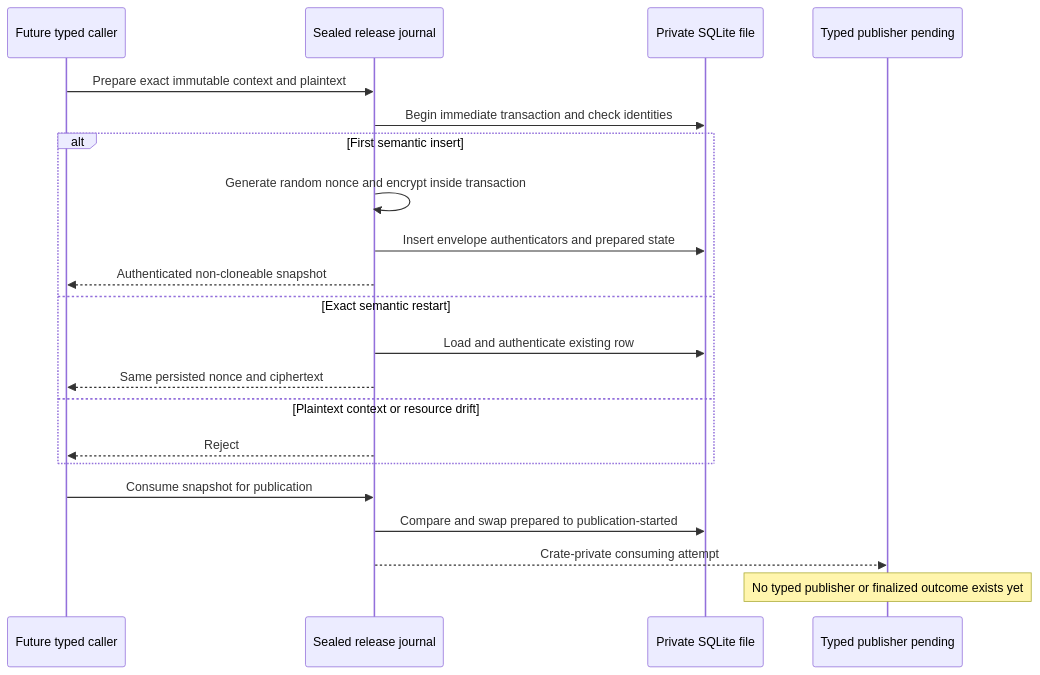
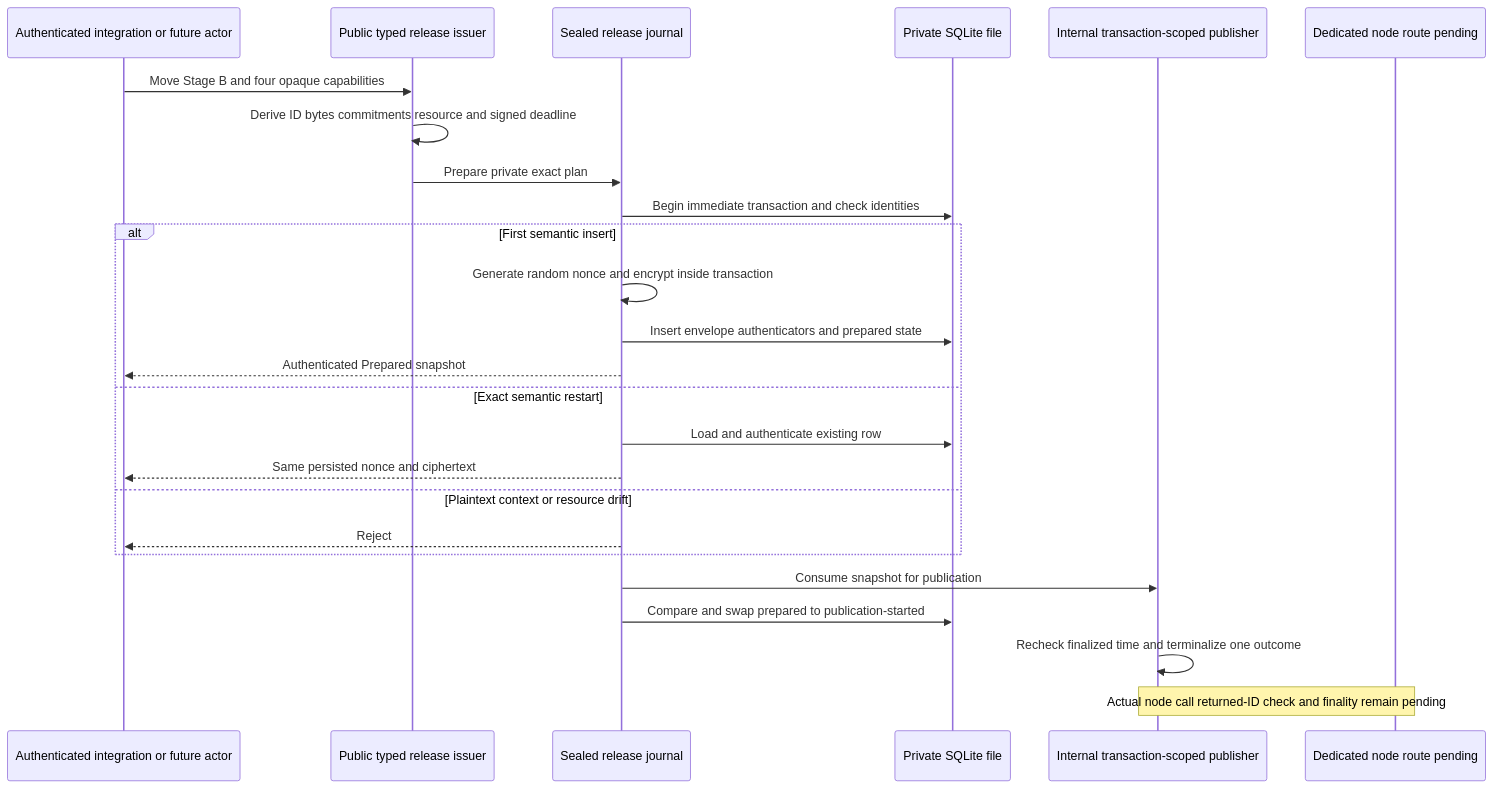
The second of 2 diagrams in docs/architecture/0060-seal-xmr-release-journal-until-typed-integration.md (gateway-fm/lez-atomic-swaps), drawn with Mermaid before and after one commit. The commit also changed other lines of this file and 21 other files, not shown here.

Commit message:
feat(m4): bind XMR release to opaque evidence

````diff
--- a/docs/architecture/0060-seal-xmr-release-journal-until-typed-integration.md
+++ b/docs/architecture/0060-seal-xmr-release-journal-until-typed-integration.md
@@ -106,24 +111,28 @@
 ```mermaid
 sequenceDiagram
-    participant Internal as Future typed caller
+    participant Caller as Authenticated integration or future actor
+    participant Issuer as Public typed release issuer
     participant Store as Sealed release journal
     participant Sqlite as Private SQLite file
-    participant Publisher as Typed publisher pending
+    participant Publisher as Internal transaction-scoped publisher
+    participant Node as Dedicated node route pending
 
-    Internal->>Store: Prepare exact immutable context and plaintext
+    Caller->>Issuer: Move Stage B and four opaque capabilities
+    Issuer->>Issuer: Derive ID bytes commitments resource and signed deadline
+    Issuer->>Store: Prepare private exact plan
     Store->>Sqlite: Begin immediate transaction and check identities
     alt First semantic insert
         Store->>Store: Generate random nonce and encrypt inside transaction
         Store->>Sqlite: Insert envelope authenticators and prepared state
-        Store-->>Internal: Authenticated non-cloneable snapshot
+        Store-->>Caller: Authenticated Prepared snapshot
     else Exact semantic restart
         Store->>Sqlite: Load and authenticate existing row
-        Store-->>Internal: Same persisted nonce and ciphertext
+        Store-->>Caller: Same persisted nonce and ciphertext
     else Plaintext context or resource drift
-        Store-->>Internal: Reject
+        Store-->>Caller: Reject
     end
-    Internal->>Store: Consume snapshot for publication
+    Store->>Publisher: Consume snapshot for publication
     Store->>Sqlite: Compare and swap prepared to publication-started
-    Store-->>Publisher: Crate-private consuming attempt
-    Note over Publisher: No typed publisher or finalized outcome exists yet
+    Publisher->>Publisher: Recheck finalized time and terminalize one outcome
+    Note over Publisher,Node: Actual node call returned-ID check and finality remain pending
 ```
````
